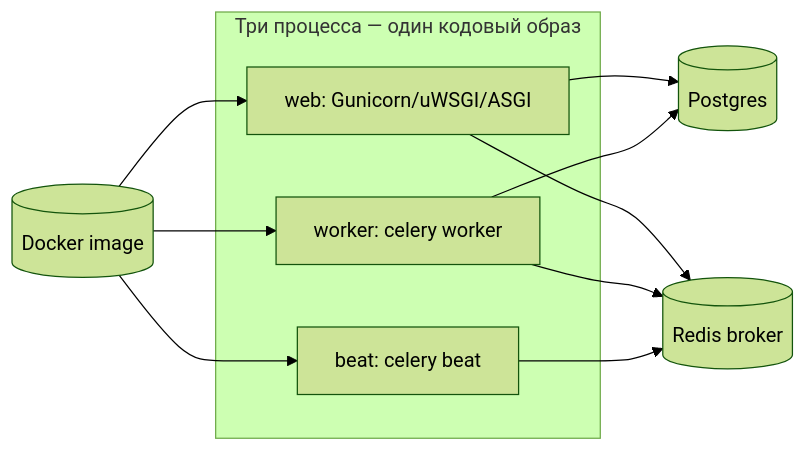
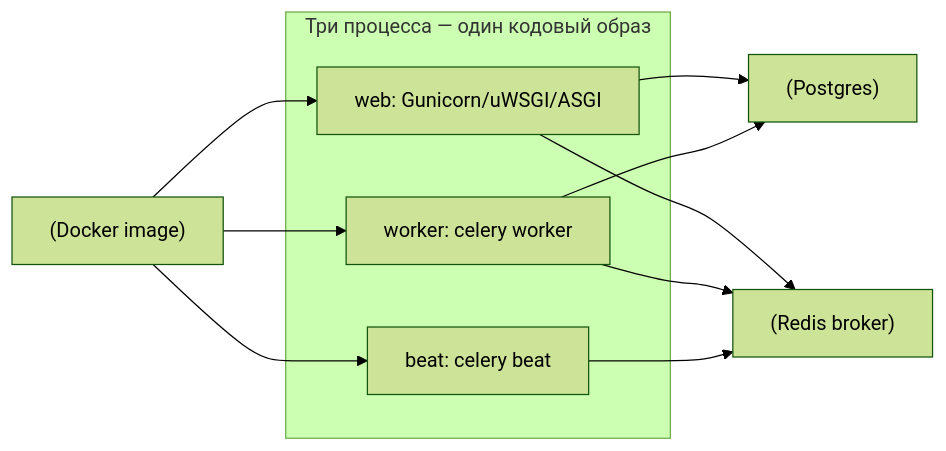
The fourth of 4 diagrams in directions/services/celery/pact/18_integraciya_s_django/10_18_18_1_bazovaya_integratsiya.md (DDoSKudya/ai-study-atlas), drawn with Mermaid (forest theme) before and after one commit. The commit also changed other lines of this file and 322 other files, not shown here.

Commit message:
fix(docs): make mermaid diagrams GitHub-compatible across directions content

````diff
--- a/directions/services/celery/pact/18_integraciya_s_django/10_18_18_1_bazovaya_integratsiya.md
+++ b/directions/services/celery/pact/18_integraciya_s_django/10_18_18_1_bazovaya_integratsiya.md
@@ -691,17 +691,17 @@
 ```mermaid
 flowchart LR
   subgraph processes["Три процесса — один кодовый образ"]
-    WEB[web: Gunicorn/uWSGI/ASGI]
-    WK[worker: celery worker]
-    BT[beat: celery beat]
+    WEB["web: Gunicorn/uWSGI/ASGI"]
+    WK["worker: celery worker"]
+    BT["beat: celery beat"]
   end
-  IMG[(Docker image)]
+  IMG["(Docker image)"]
   IMG --> WEB
   IMG --> WK
   IMG --> BT
-  WEB --> DB[(Postgres)]
+  WEB --> DB["(Postgres)"]
   WK --> DB
-  WEB --> R[(Redis broker)]
+  WEB --> R["(Redis broker)"]
   WK --> R
   BT --> R
 ```
````
